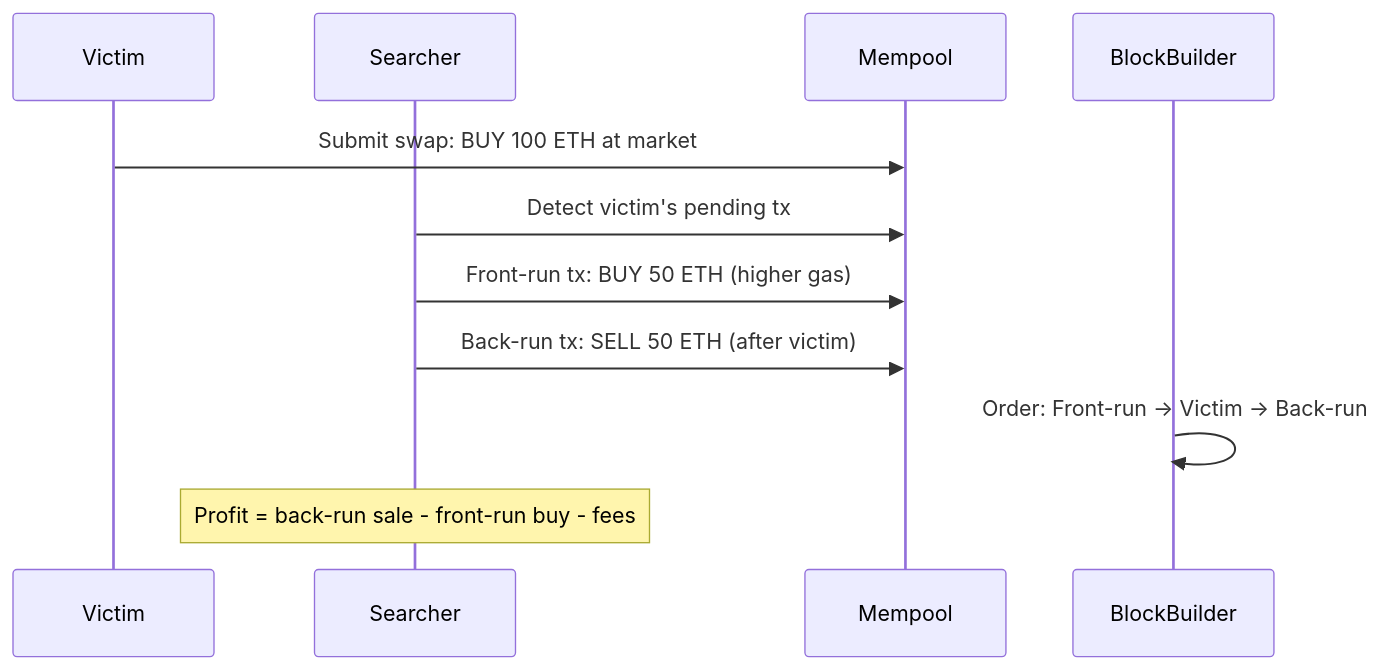
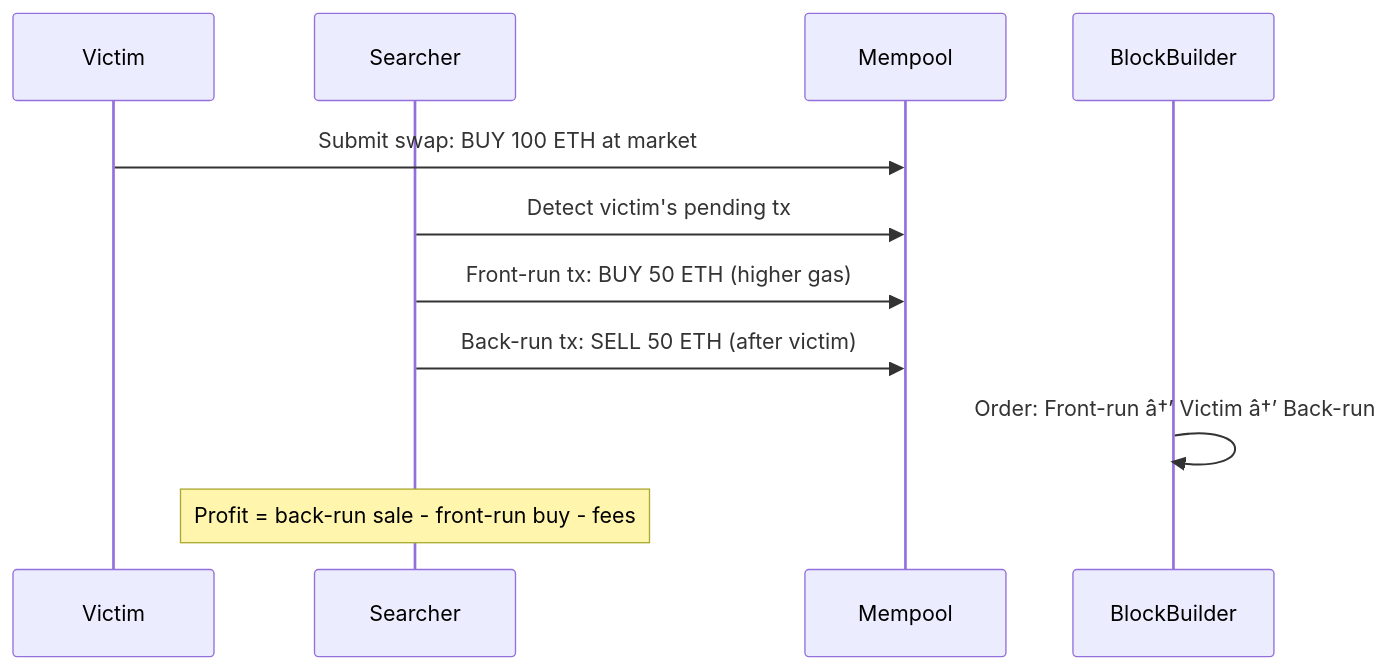
One commit to Raushan666java/ai-engineering-journey changed the third of 4 diagrams in docs/courses/cyber-security/19-blockchain-defi-security.md. Above: the diagram before and after it, drawn with Mermaid. The commit also changed other lines of this file and 735 other files, not shown here.

````diff
--- a/docs/courses/cyber-security/19-blockchain-defi-security.md
+++ b/docs/courses/cyber-security/19-blockchain-defi-security.md
@@ -447,14 +447,14 @@
 ```mermaid
 sequenceDiagram
     participant Victim
     participant Searcher
     participant Mempool
     participant BlockBuilder
 
     Victim->>Mempool: Submit swap: BUY 100 ETH at market
     Searcher->>Mempool: Detect victim's pending tx
     Searcher->>Mempool: Front-run tx: BUY 50 ETH (higher gas)
     Searcher->>Mempool: Back-run tx: SELL 50 ETH (after victim)
-    BlockBuilder->>BlockBuilder: Order: Front-run → Victim → Back-run
+    BlockBuilder->>BlockBuilder: Order: Front-run â†’ Victim â†’ Back-run
     Note over Searcher: Profit = back-run sale - front-run buy - fees
 ```
````
